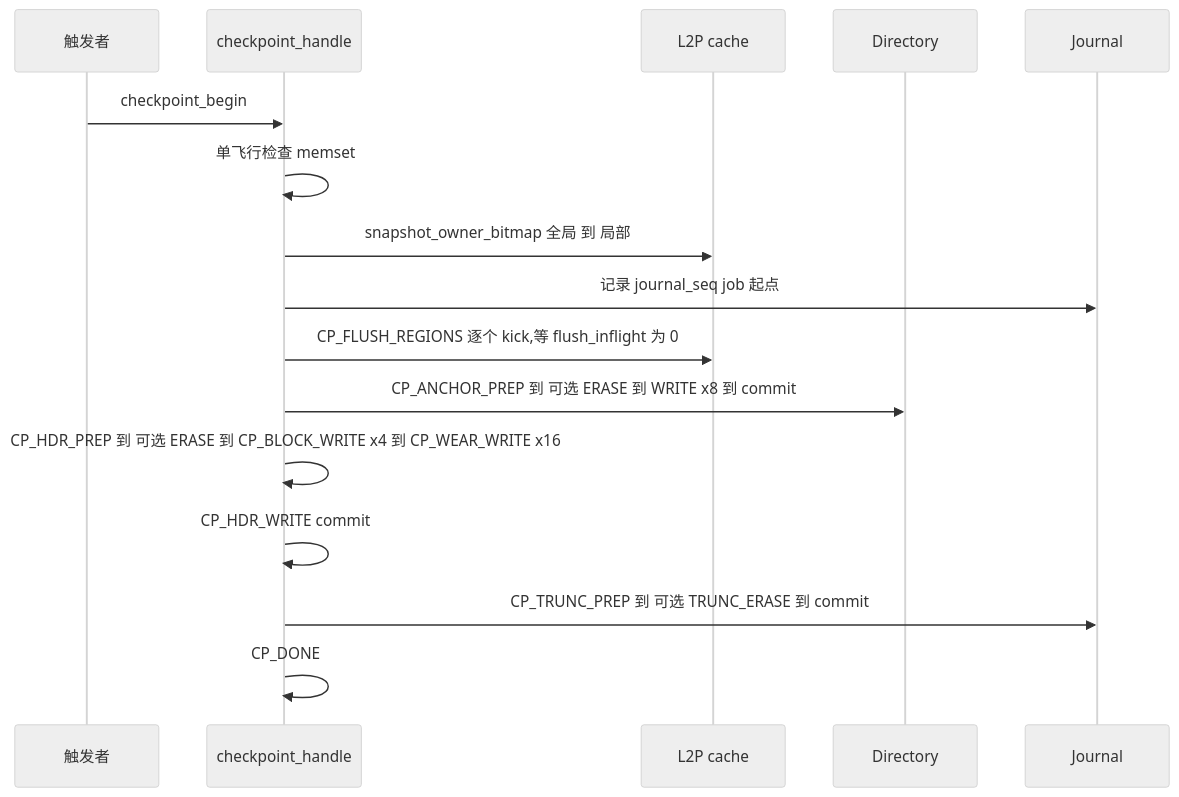
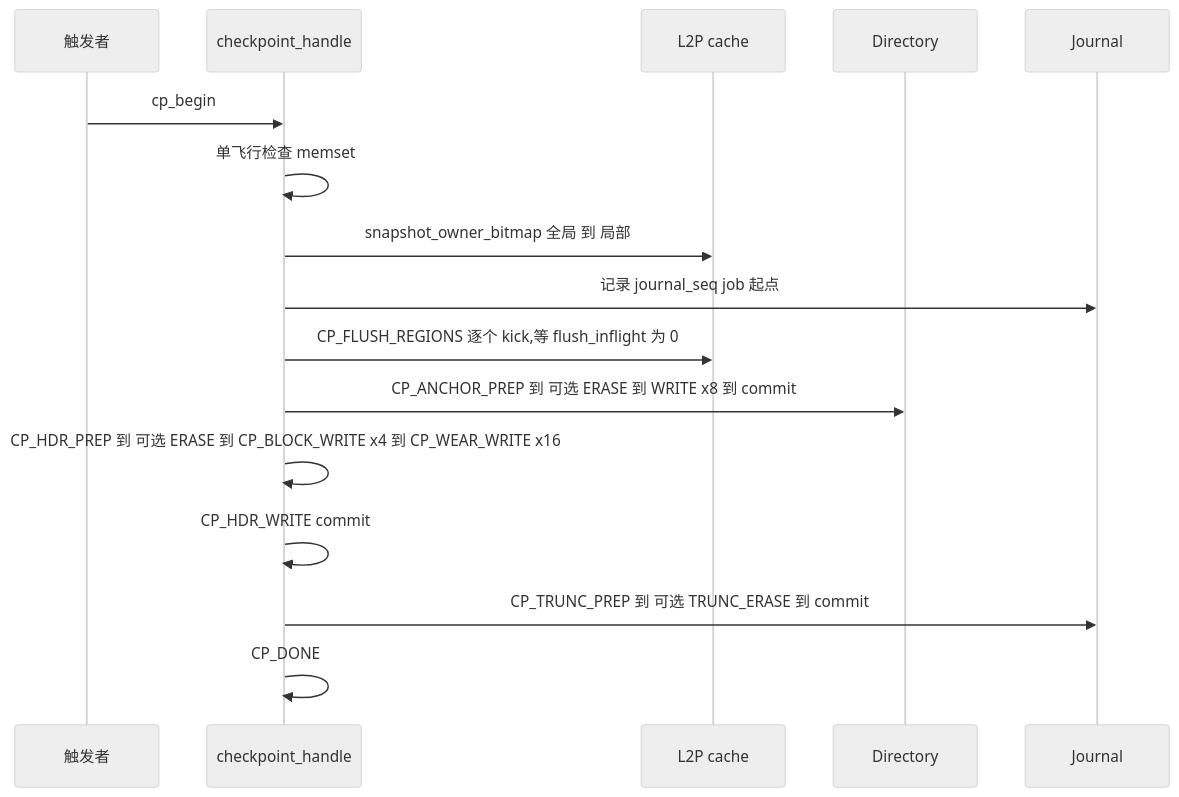
One commit to YzYMIAO/BASESSD changed diagram 29 of 32 in docs/design/ftl_design.md. Above: the diagram before and after it, drawn with Mermaid (neutral theme). The commit also changed other lines of this file and 46 other files, not shown here.

````diff
--- a/docs/design/ftl_design.md
+++ b/docs/design/ftl_design.md
@@ -3702,19 +3699,19 @@
 ```mermaid
 sequenceDiagram
     participant T as 触发者
     participant CP as checkpoint_handle
     participant L as L2P cache
     participant D as Directory
     participant J as Journal
 
-    T->>CP: checkpoint_begin
+    T->>CP: cp_begin
     CP->>CP: 单飞行检查 memset
     CP->>L: snapshot_owner_bitmap 全局 到 局部
     CP->>J: 记录 journal_seq job 起点
     CP->>L: CP_FLUSH_REGIONS 逐个 kick,等 flush_inflight 为 0
     CP->>D: CP_ANCHOR_PREP 到 可选 ERASE 到 WRITE x8 到 commit
     CP->>CP: CP_HDR_PREP 到 可选 ERASE 到 CP_BLOCK_WRITE x4 到 CP_WEAR_WRITE x16
     CP->>CP: CP_HDR_WRITE commit
     CP->>J: CP_TRUNC_PREP 到 可选 TRUNC_ERASE 到 commit
     CP->>CP: CP_DONE
 ```
````
